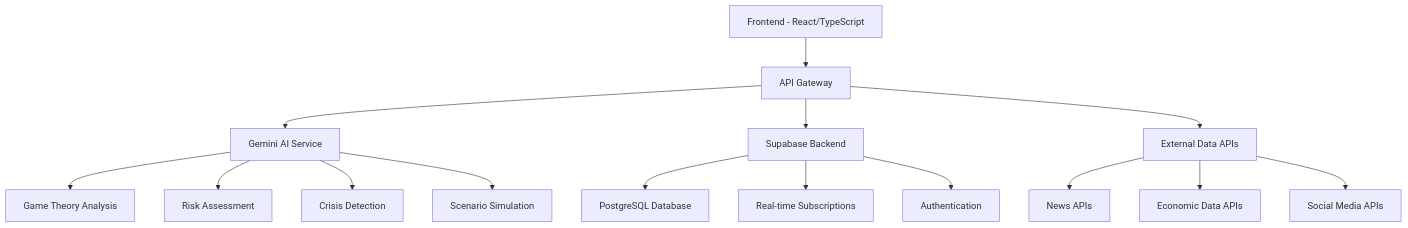
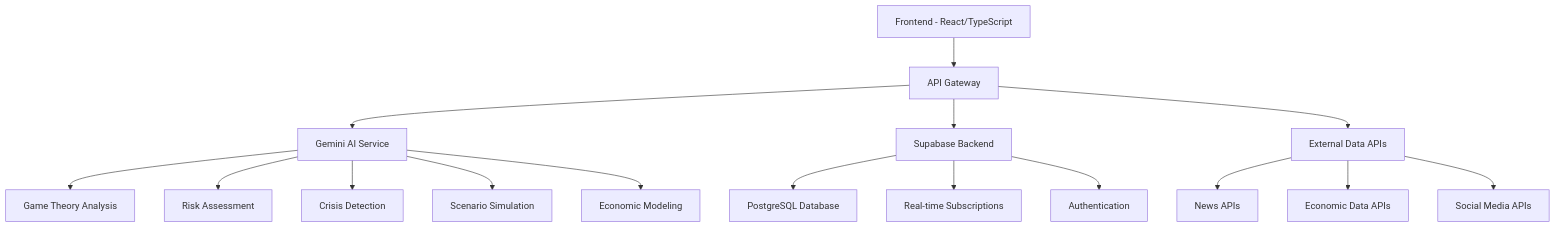
Before and after one commit to sanjabh11/GeoPolitik: the diagram in PRD.md, drawn with Mermaid. The commit also changed other lines of this file and 6 other files, not shown here.

````diff
--- a/PRD.md
+++ b/PRD.md
@@ -22,20 +22,21 @@
 ```mermaid
 graph TB
     A[Frontend - React/TypeScript] --> B[API Gateway]
     B --> C[Gemini AI Service]
     B --> D[Supabase Backend]
     B --> E[External Data APIs]
     
     D --> F[PostgreSQL Database]
     D --> G[Real-time Subscriptions]
     D --> H[Authentication]
     
     E --> I[News APIs]
     E --> J[Economic Data APIs]
     E --> K[Social Media APIs]
     
     C --> L[Game Theory Analysis]
     C --> M[Risk Assessment]
     C --> N[Crisis Detection]
     C --> O[Scenario Simulation]
+    C --> P[Economic Modeling]
 ```
````
